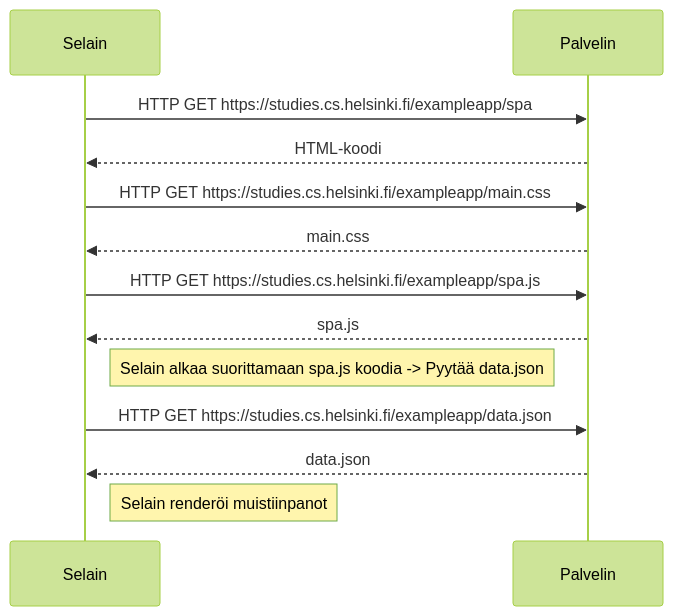
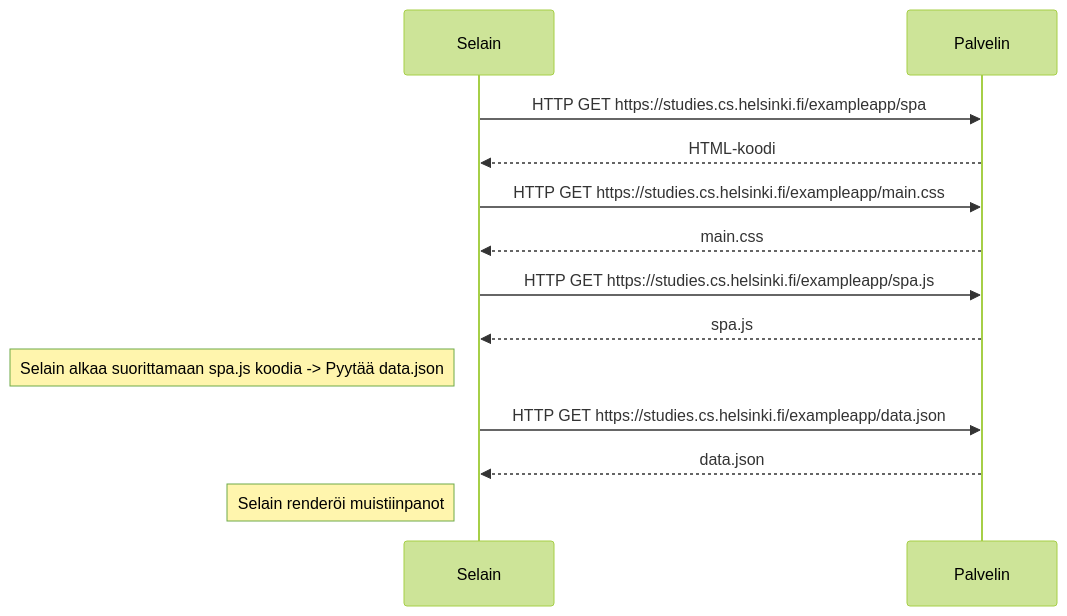
Before and after one commit to JuusoKil/osa0: the diagram in 05_Single_Page_App.md, drawn with Mermaid (forest theme).

````diff
--- a/05_Single_Page_App.md
+++ b/05_Single_Page_App.md
@@ -1,26 +1,26 @@
 ```mermaid
 sequenceDiagram
     participant Selain
     participant Palvelin
 
 Selain->>Palvelin: HTTP GET https://studies.cs.helsinki.fi/exampleapp/spa;
 
 Palvelin-->>Selain: HTML-koodi;
 
 Selain->>Palvelin: HTTP GET https://studies.cs.helsinki.fi/exampleapp/main.css;
 
 Palvelin-->>Selain: main.css;
 
 Selain->>Palvelin: HTTP GET https://studies.cs.helsinki.fi/exampleapp/spa.js;
 
 Palvelin-->>Selain: spa.js;
 
-Note right of Selain: Selain alkaa suorittamaan spa.js koodia -> Pyytää data.json;
+Note left of Selain: Selain alkaa suorittamaan spa.js koodia -> Pyytää data.json;
 
 Selain->>Palvelin: HTTP GET https://studies.cs.helsinki.fi/exampleapp/data.json;
 
 Palvelin-->>Selain: data.json;
 
-Note right of Selain:Selain renderöi muistiinpanot
+Note left of Selain:Selain renderöi muistiinpanot
 
 ```
````
